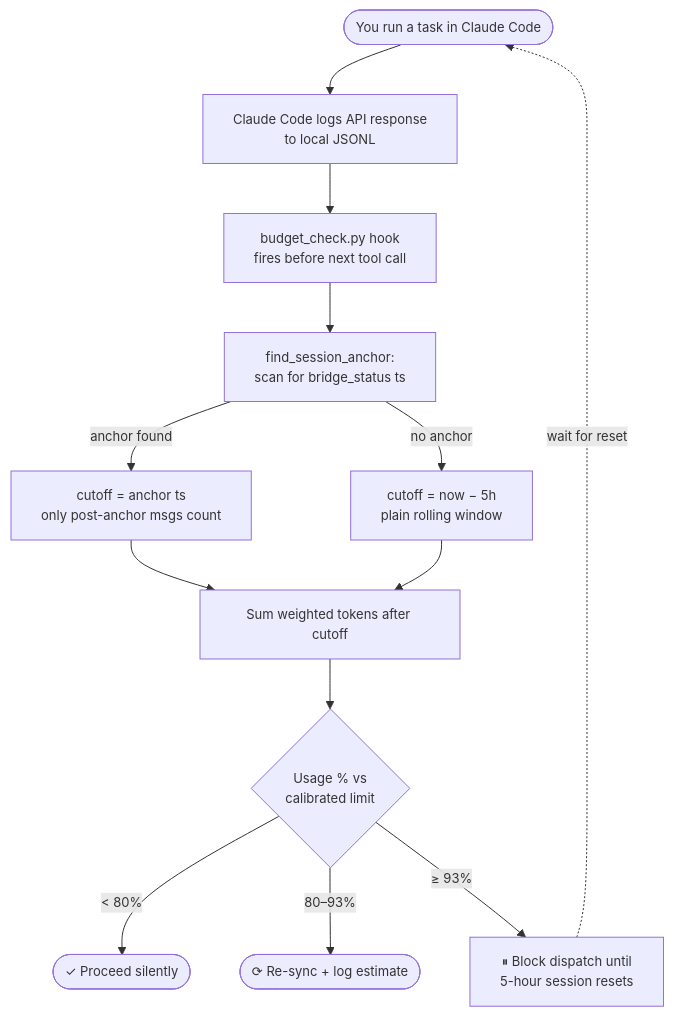
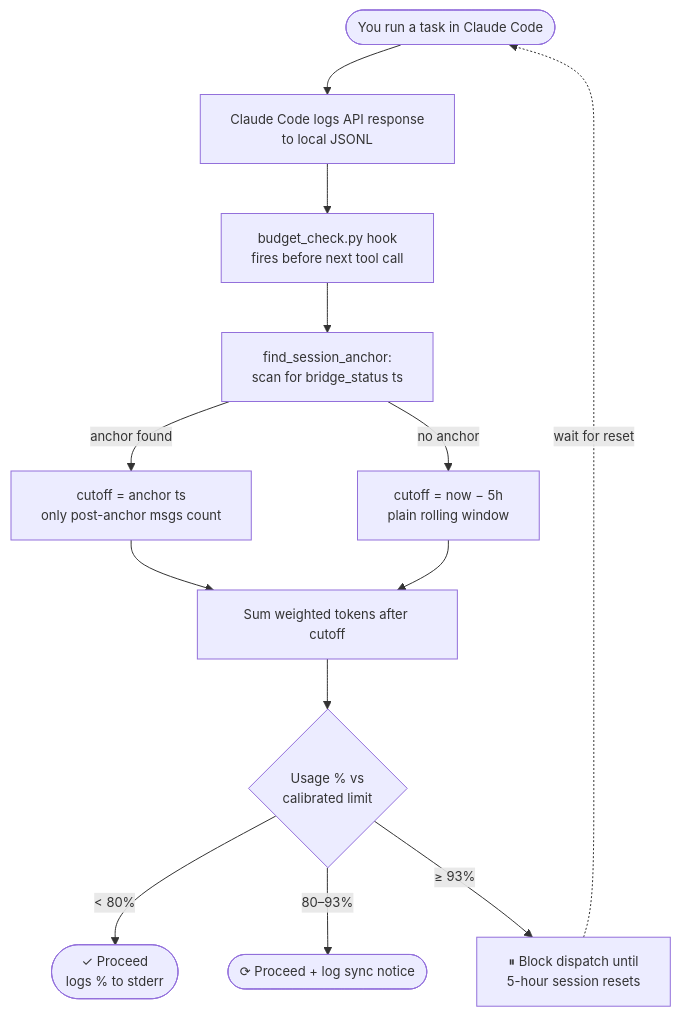
Before and after one commit to Star001-KR/claude-session-budget: the diagram in README.md, drawn with Mermaid. The commit also changed other lines of this file and 10 other files, not shown here.

````diff
--- a/README.md
+++ b/README.md
@@ -14,16 +14,16 @@
 ```mermaid
 %%{init: {'themeVariables': {'fontSize': '13px'}}}%%
 flowchart TD
     A([You run a task in Claude Code]) --> B[Claude Code logs API response<br/>to local JSONL]
     B --> C[budget_check.py hook<br/>fires before next tool call]
     C --> D[find_session_anchor:<br/>scan for bridge_status ts]
     D -->|anchor found| E1[cutoff = anchor ts<br/>only post-anchor msgs count]
     D -->|no anchor| E2[cutoff = now − 5h<br/>plain rolling window]
     E1 --> F[Sum weighted tokens after cutoff]
     E2 --> F
     F --> G{Usage % vs<br/>calibrated limit}
-    G -->|&lt; 80%| H([✓ Proceed silently])
-    G -->|80–93%| I([⟳ Re-sync + log estimate])
+    G -->|&lt; 80%| H([✓ Proceed<br/>logs % to stderr])
+    G -->|80–93%| I([⟳ Proceed + log sync notice])
     G -->|≥ 93%| J[⏸ Block dispatch until<br/>5-hour session resets]
     J -.->|wait for reset| A
 ```
````
